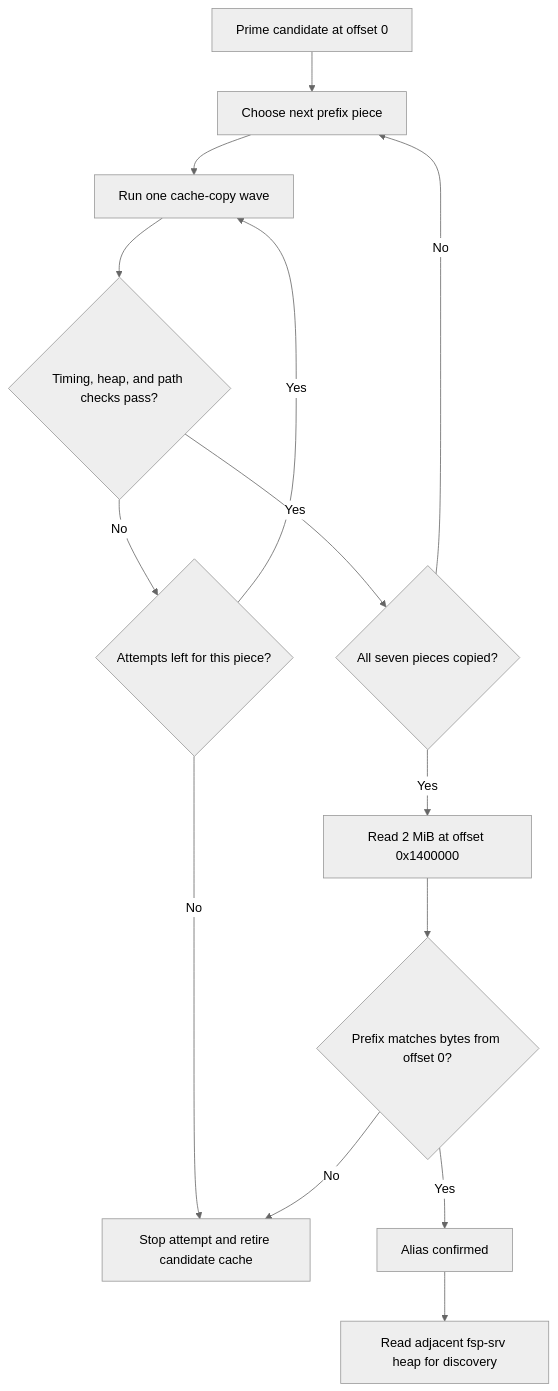
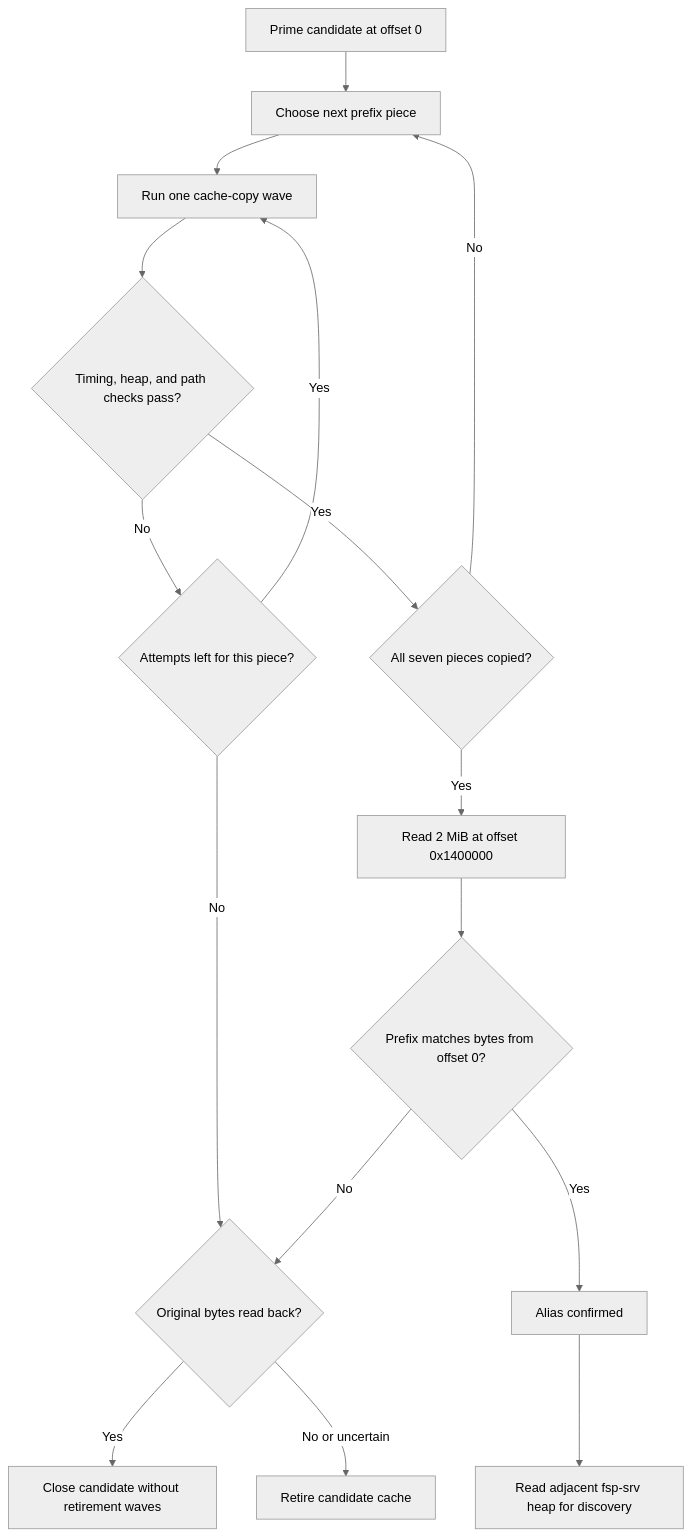
The fourth of 6 diagrams in HOW_IT_WORKS.md (BrayDog2010/CivSwitchFS-kaiHEN), drawn with Mermaid (neutral theme) before and after one commit. The commit also changed other lines of this file and 15 other files, not shown here.

````diff
--- a/HOW_IT_WORKS.md
+++ b/HOW_IT_WORKS.md
@@ -286,16 +286,18 @@
 ```mermaid
 flowchart TD
     A[Prime candidate at offset 0] --> B[Choose next prefix piece]
     B --> C[Run one cache-copy wave]
     C --> D{Timing, heap, and path checks pass?}
     D -->|No| E{Attempts left for this piece?}
     E -->|Yes| C
-    E -->|No| X[Stop attempt and retire candidate cache]
+    E -->|No| N{Original bytes read back?}
     D -->|Yes| F{All seven pieces copied?}
     F -->|No| B
     F -->|Yes| G[Read 2 MiB at offset 0x1400000]
     G --> H{Prefix matches bytes from offset 0?}
-    H -->|No| X
+    H -->|No| N
     H -->|Yes| I[Alias confirmed]
     I --> J[Read adjacent fsp-srv heap for discovery]
+    N -->|Yes| O[Close candidate without retirement waves]
+    N -->|No or uncertain| X[Retire candidate cache]
 ```
````
